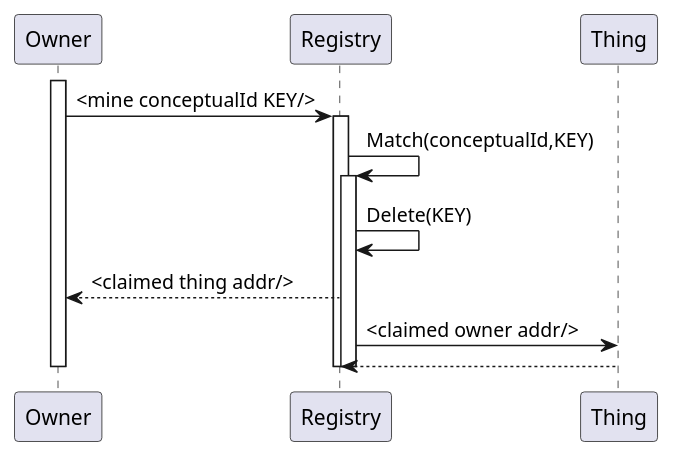
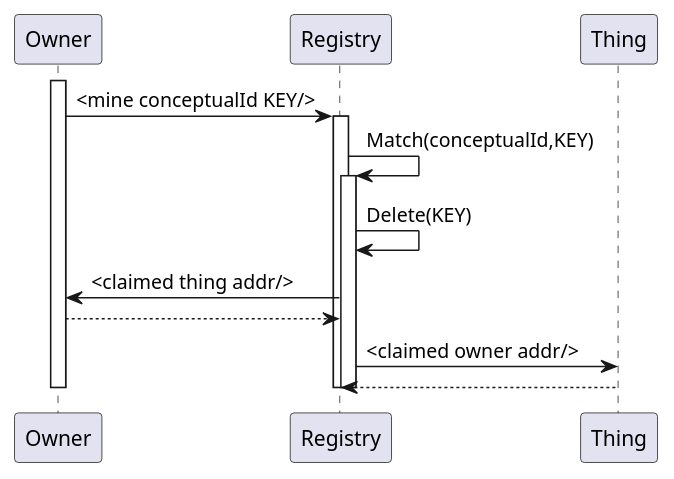
The second of 2 diagrams in Root/neuro-foundation.io/Discovery.md (Neuro-Foundation/neuro-foundation.io), drawn with PlantUML before and after one commit. The commit also changed other lines of this file and 3 other files, not shown here.

Commit message:
Fixes, adding diagrams

````diff
--- a/Root/neuro-foundation.io/Discovery.md
+++ b/Root/neuro-foundation.io/Discovery.md
@@ -440,16 +441,17 @@
 ```uml:Claim
 @startuml
 activate Owner
 Owner -> Registry : <mine conceptualId KEY/>
 activate Registry
 Registry -> Registry : Match(conceptualId,KEY)
 activate Registry
 Registry -> Registry : Delete(KEY)
-Owner <-- Registry : <claimed thing addr/>
+Owner <- Registry : <claimed thing addr/>
+Owner --> Registry :
 Registry -> Thing : <claimed owner addr/>
 Registry <-- Thing :
 deactivate Registry
 deactivate Registry
 deactivate Owner
 @enduml
 ```
````
